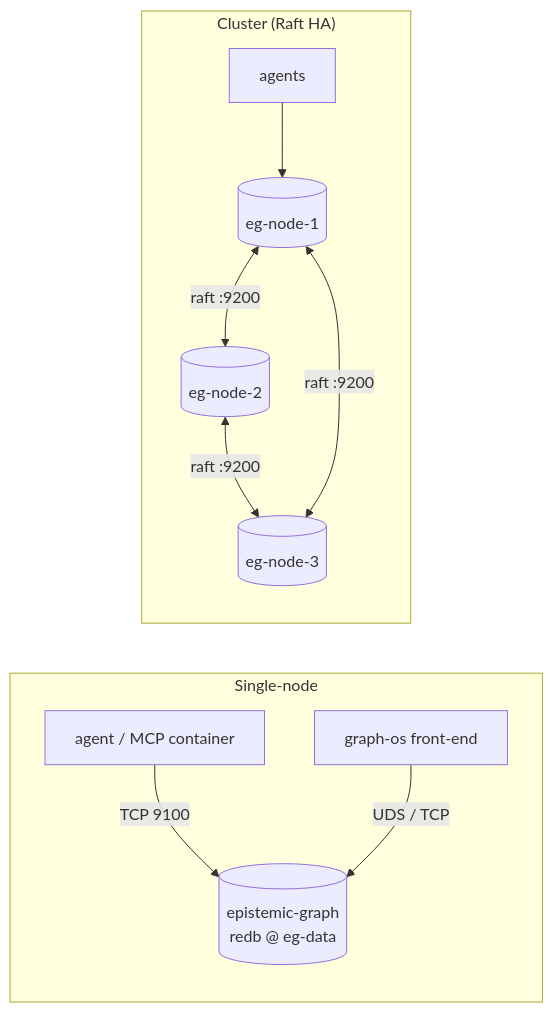
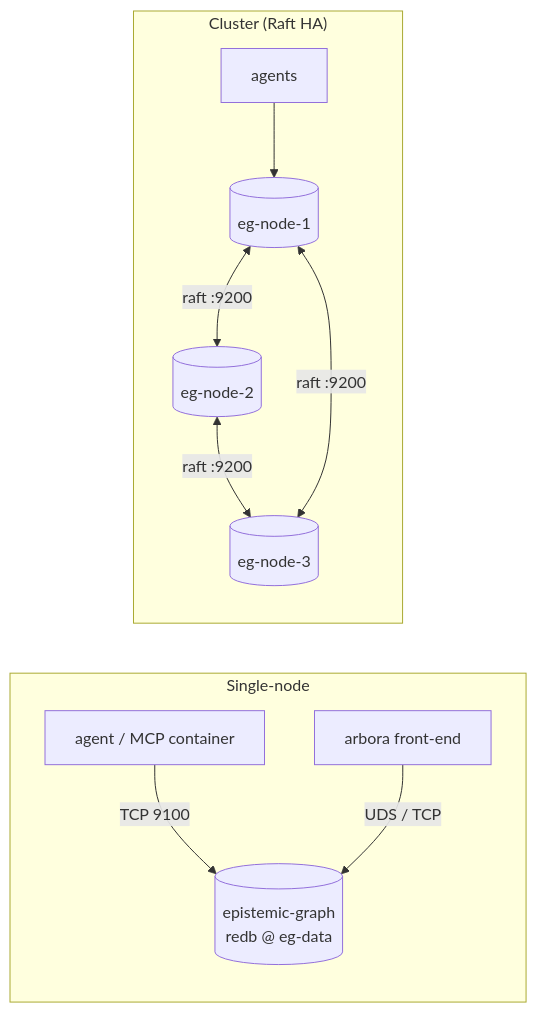
The second of 3 diagrams in docs/deployment.md (Knuckles-Team/epistemic-graph), drawn with Mermaid before and after one commit. The commit also changed other lines of this file and 24 other files, not shown here.

First line of the commit message:
docs: rename graph-os terminology to Arbora

````diff
--- a/docs/deployment.md
+++ b/docs/deployment.md
@@ -396,14 +396,14 @@
 ```mermaid
 flowchart LR
     subgraph Single["Single-node"]
         A1[agent / MCP container] -->|TCP 9100| S1[("epistemic-graph<br/>redb @ eg-data")]
-        GOS[graph-os front-end] -->|UDS / TCP| S1
+        GOS[arbora front-end] -->|UDS / TCP| S1
     end
 
     subgraph HA["Cluster (Raft HA)"]
         A2[agents] --> N1[(eg-node-1)]
         N1 <-->|raft :9200| N2[(eg-node-2)]
         N2 <-->|raft :9200| N3[(eg-node-3)]
         N1 <-->|raft :9200| N3
     end
 ```
````
